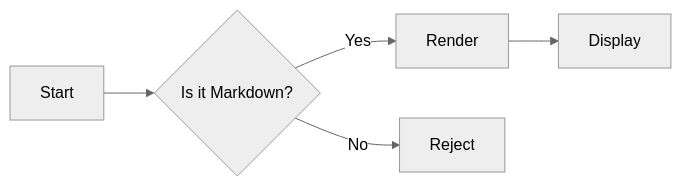
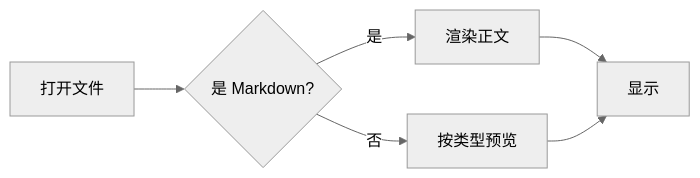
Before and after one commit to t156188/MDGEM: the diagram in mac/Samples/test-sample.md, drawn with Mermaid (neutral theme). The commit also changed other lines of this file and 35 other files, not shown here.

````diff
--- a/mac/Samples/test-sample.md
+++ b/mac/Samples/test-sample.md
@@ -228,7 +73,8 @@
 ```mermaid
 flowchart LR
-    A[Start] --> B{Is it Markdown?}
-    B -- Yes --> C[Render]
-    B -- No --> D[Reject]
-    C --> E[Display]
+    A[打开文件] --> B{是 Markdown?}
+    B -- 是 --> C[渲染正文]
+    B -- 否 --> D[按类型预览]
+    C --> E[显示]
+    D --> E
 ```
````
